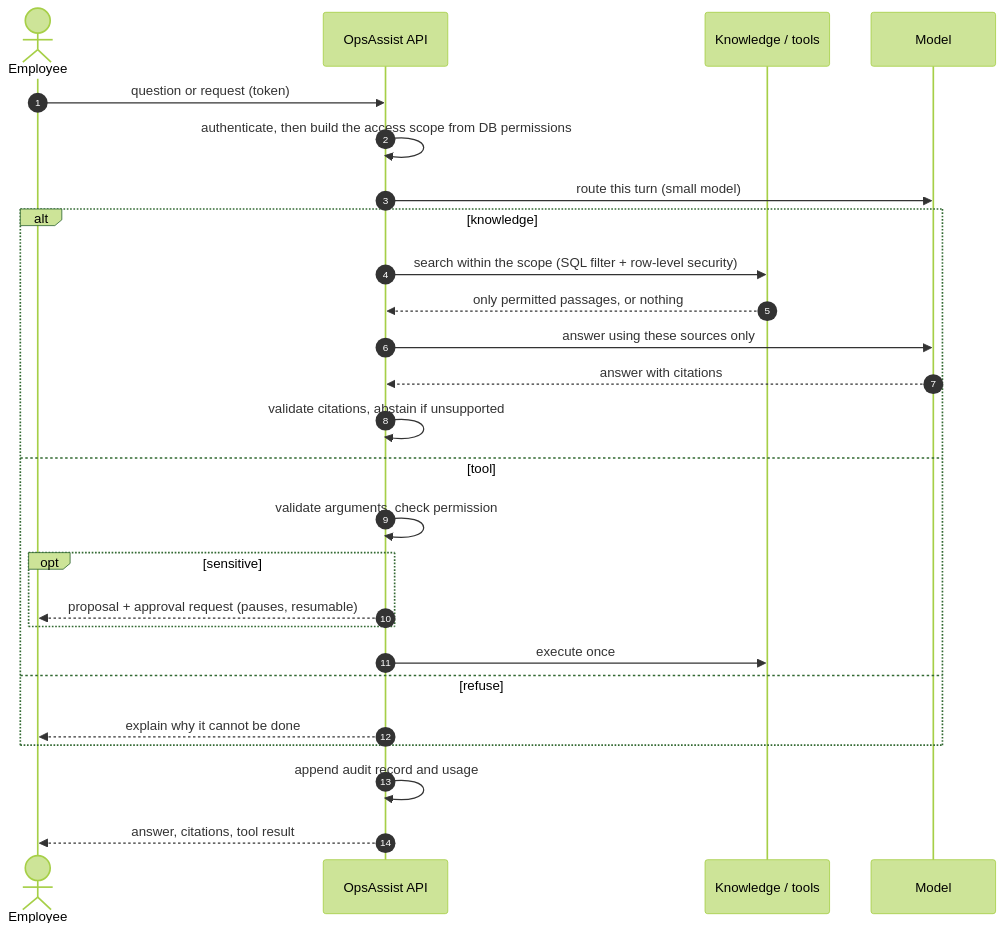
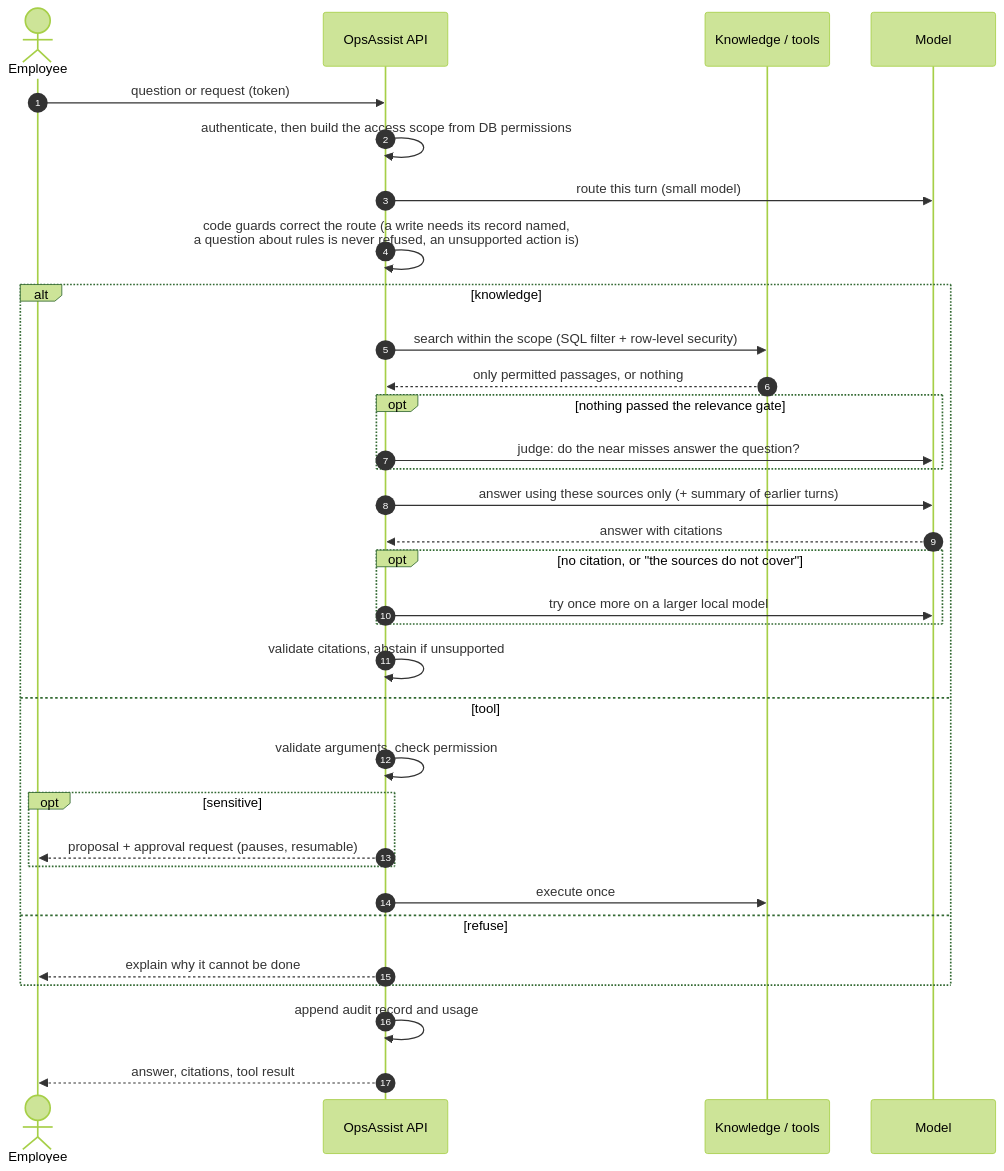
Before and after one commit to minhthy1016/novax_ai_assignment: the first of 3 diagrams in README.md, drawn with Mermaid (forest theme). The commit also changed other lines of this file and 22 other files, not shown here.

````diff
--- a/README.md
+++ b/README.md
@@ -91,29 +95,36 @@
 ```mermaid
 sequenceDiagram
   autonumber
   actor user as Employee
   participant api as OpsAssist API
   participant kb as Knowledge / tools
   participant llm as Model
 
   user->>api: question or request (token)
   api->>api: authenticate, then build the access scope from DB permissions
   api->>llm: route this turn (small model)
+  api->>api: code guards correct the route (a write needs its record named,<br/>a question about rules is never refused, an unsupported action is)
   alt knowledge
     api->>kb: search within the scope (SQL filter + row-level security)
     kb-->>api: only permitted passages, or nothing
-    api->>llm: answer using these sources only
+    opt nothing passed the relevance gate
+      api->>llm: judge: do the near misses answer the question?
+    end
+    api->>llm: answer using these sources only (+ summary of earlier turns)
     llm-->>api: answer with citations
+    opt no citation, or "the sources do not cover"
+      api->>llm: try once more on a larger local model
+    end
     api->>api: validate citations, abstain if unsupported
   else tool
     api->>api: validate arguments, check permission
     opt sensitive
       api-->>user: proposal + approval request (pauses, resumable)
     end
     api->>kb: execute once
   else refuse
     api-->>user: explain why it cannot be done
   end
   api->>api: append audit record and usage
   api-->>user: answer, citations, tool result
 ```
````
